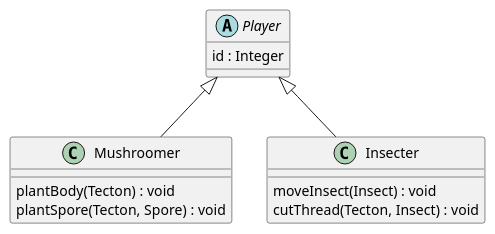
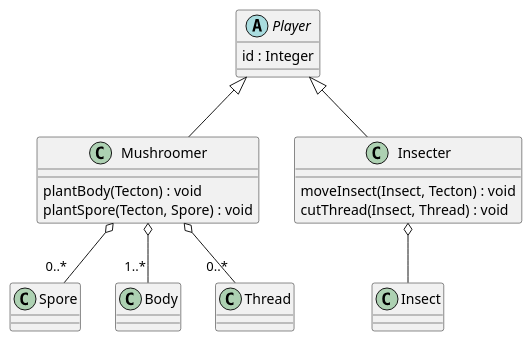
Before and after one commit to Petya-G/fungorium: the diagram in 3/classes/player.puml, drawn with PlantUML. The commit also changed 7 other files, not shown here.

```diff
--- a/3/classes/player.puml
+++ b/3/classes/player.puml
@@ -1,17 +1,21 @@
 @startuml player
 abstract class Player{
     id : Integer
 }
 
 Player <|-- Mushroomer
+Mushroomer o-- "0..*" Spore
+Mushroomer o-- "1..*" Body
+Mushroomer o-- "0..*" Thread
 class Mushroomer{
     plantBody(Tecton) : void
     plantSpore(Tecton, Spore) : void
 }
 
 Player <|-- Insecter
+Insecter o-- Insect
 class Insecter{
-    moveInsect(Insect) : void
-    cutThread(Tecton, Insect) : void
+    moveInsect(Insect, Tecton) : void
+    cutThread(Insect, Thread) : void
 }
 @enduml
```
